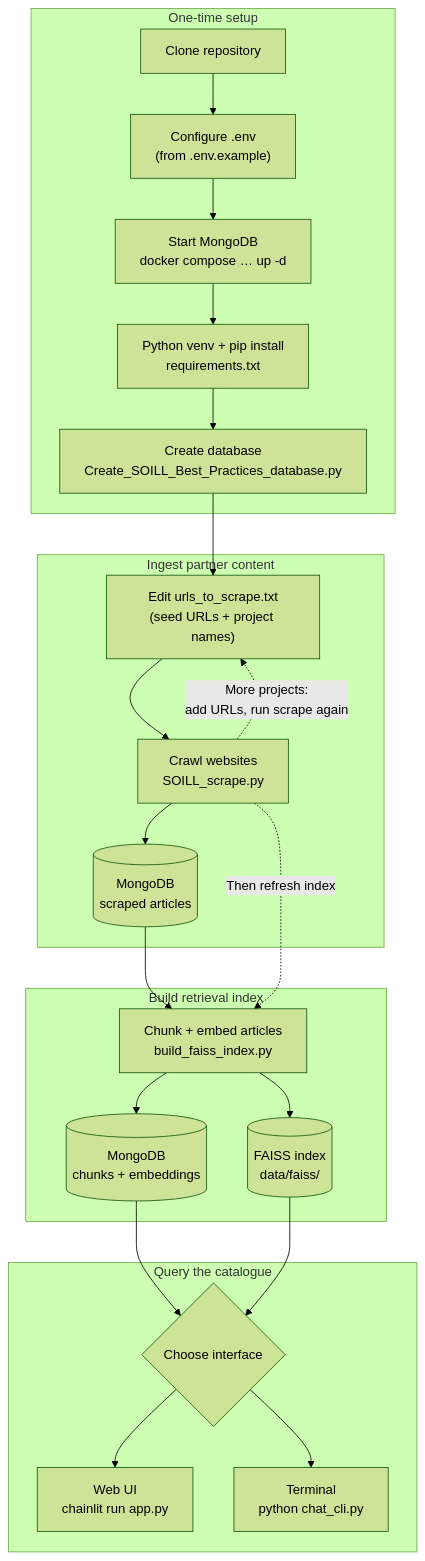
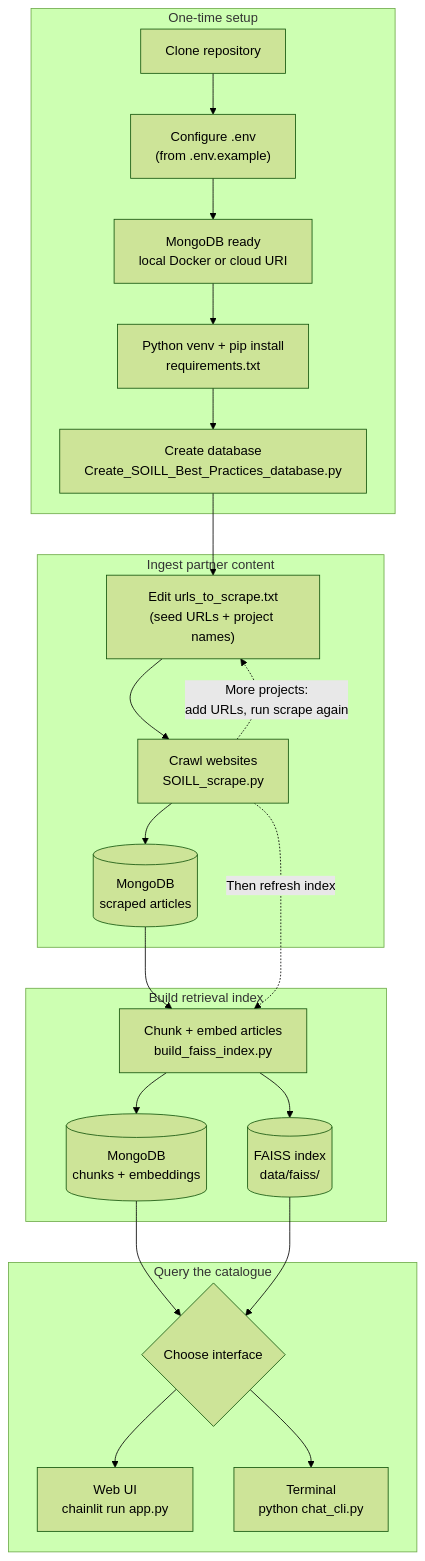
Before and after one commit to rendzina/SOILL_BestPractices: the diagram in README.md, drawn with Mermaid (forest theme). The commit also changed other lines of this file and 2 other files, not shown here.

Commit message:
Update README and requirements for MongoDB configuration options. Clarified setup instructions for local Docker and cloud MongoDB (e.g., Atlas). Added `dnspython` dependency for `mongodb+srv://` support. Enhanced documentation on conversation logging and multi-turn chat features.

````diff
--- a/README.md
+++ b/README.md
@@ -20,32 +20,32 @@
 ```mermaid
 flowchart TB
     subgraph setup [One-time setup]
         A[Clone repository] --> B["Configure .env<br/>(from .env.example)"]
-        B --> C["Start MongoDB<br/>docker compose … up -d"]
+        B --> C["MongoDB ready<br/>local Docker or cloud URI"]
         C --> D["Python venv + pip install<br/>requirements.txt"]
         D --> E["Create database<br/>Create_SOILL_Best_Practices_database.py"]
     end
 
     subgraph ingest [Ingest partner content]
         F["Edit urls_to_scrape.txt<br/>(seed URLs + project names)"] --> G["Crawl websites<br/>SOILL_scrape.py"]
         G --> H[("MongoDB<br/>scraped articles")]
     end
 
     subgraph rag [Build retrieval index]
         H --> I["Chunk + embed articles<br/>build_faiss_index.py"]
         I --> J[("MongoDB<br/>chunks + embeddings")]
         I --> K[("FAISS index<br/>data/faiss/")]
     end
 
     subgraph query [Query the catalogue]
         J --> L{Choose interface}
         K --> L
         L --> M["Web UI<br/>chainlit run app.py"]
         L --> N["Terminal<br/>python chat_cli.py"]
     end
 
     E --> F
 
     G -.->|"More projects:<br/>add URLs, run scrape again"| F
     G -.->|"Then refresh index"| I
 ```
````
